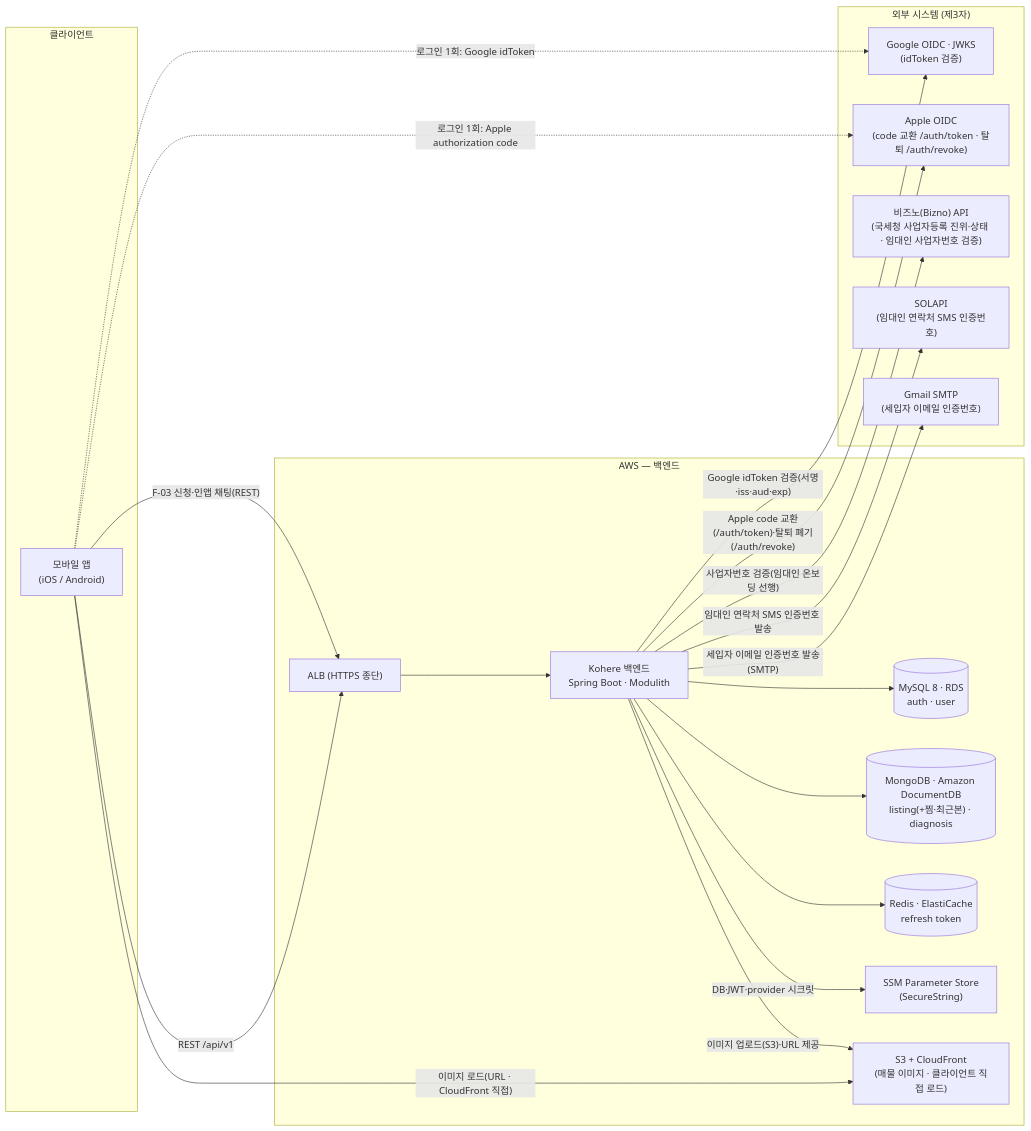
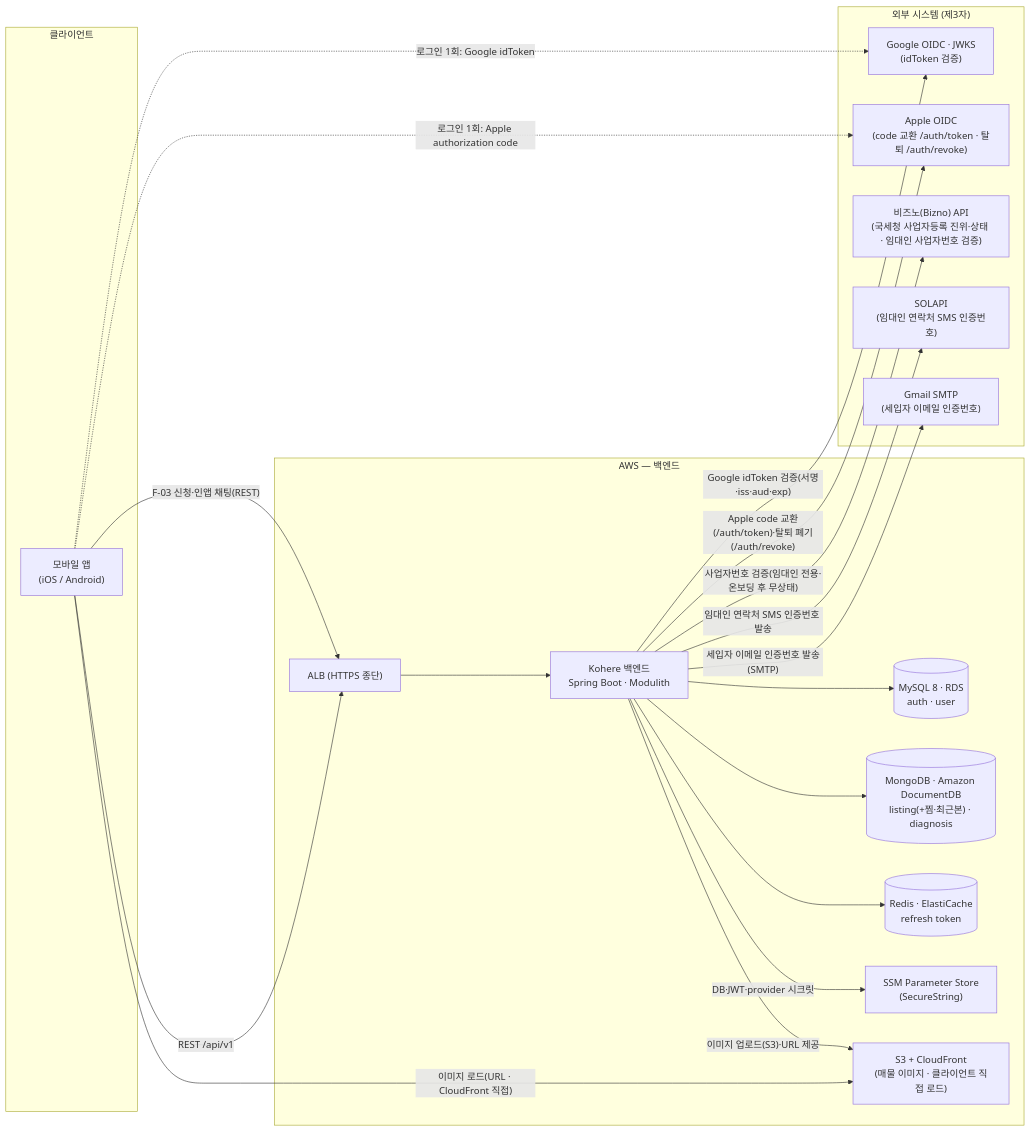
One commit to jameskim9509/Kohere-backend changed the first of 5 diagrams in docs/architecture/system-overview.md. Above: the diagram before and after it, drawn with Mermaid. The commit also changed other lines of this file and 10 other files, not shown here.

First line of the commit message:
docs(auth): 사업자번호 검증 온보딩 분리·무상태 반영

````diff
--- a/docs/architecture/system-overview.md
+++ b/docs/architecture/system-overview.md
@@ -29,41 +29,41 @@
 ```mermaid
 flowchart LR
     subgraph Client["클라이언트"]
       APP["모바일 앱<br/>(iOS / Android)"]
     end
 
     subgraph External["외부 시스템 (제3자)"]
       OIDC["Google OIDC · JWKS<br/>(idToken 검증)"]
       APPLE["Apple OIDC<br/>(code 교환 /auth/token · 탈퇴 /auth/revoke)"]
       BIZNO["비즈노(Bizno) API<br/>(국세청 사업자등록 진위·상태 · 임대인 사업자번호 검증)"]
       SOLAPI["SOLAPI<br/>(임대인 연락처 SMS 인증번호)"]
       MAIL["Gmail SMTP<br/>(세입자 이메일 인증번호)"]
     end
 
     subgraph Cloud["AWS — 백엔드"]
       ALB["ALB (HTTPS 종단)"]
       SRV["Kohere 백엔드<br/>Spring Boot · Modulith"]
       MYSQL[("MySQL 8 · RDS<br/>auth · user")]
       MONGO[("MongoDB · Amazon DocumentDB<br/>listing(+찜·최근본) · diagnosis")]
       REDIS[("Redis · ElastiCache<br/>refresh token")]
       SECRET["SSM Parameter Store<br/>(SecureString)"]
       CDN["S3 + CloudFront<br/>(매물 이미지 · 클라이언트 직접 로드)"]
     end
 
     APP -- "REST /api/v1" --> ALB
     ALB --> SRV
     APP -. "로그인 1회: Google idToken" .-> OIDC
     APP -. "로그인 1회: Apple authorization code" .-> APPLE
     SRV -- "Google idToken 검증(서명·iss·aud·exp)" --> OIDC
     SRV -- "Apple code 교환(/auth/token)·탈퇴 폐기(/auth/revoke)" --> APPLE
-    SRV -- "사업자번호 검증(임대인 온보딩 선행)" --> BIZNO
+    SRV -- "사업자번호 검증(임대인 전용·온보딩 후 무상태)" --> BIZNO
     SRV -- "임대인 연락처 SMS 인증번호 발송" --> SOLAPI
     SRV -- "세입자 이메일 인증번호 발송(SMTP)" --> MAIL
     SRV --> MYSQL
     SRV --> MONGO
     SRV --> REDIS
     APP -- "F-03 신청·인앱 채팅(REST)" --> ALB
     APP -- "이미지 로드(URL · CloudFront 직접)" --> CDN
     SRV -- "이미지 업로드(S3)·URL 제공" --> CDN
     SRV -- "DB·JWT·provider 시크릿" --> SECRET
 ```
````
